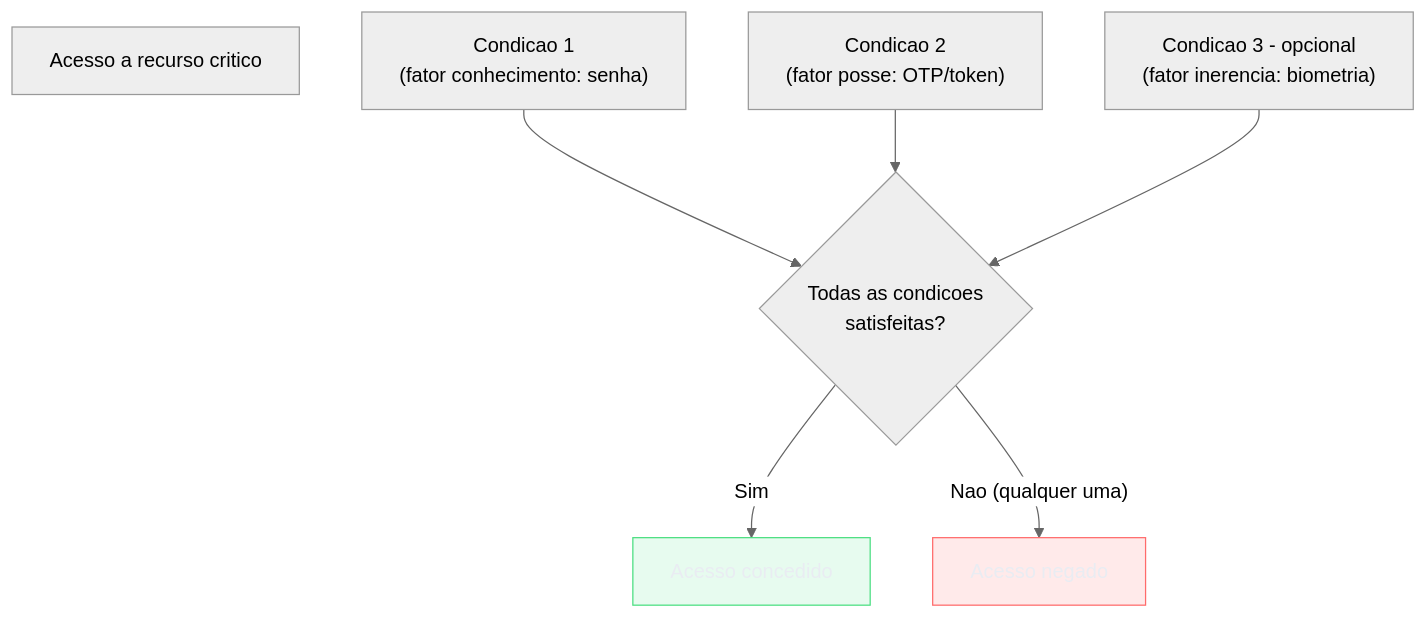
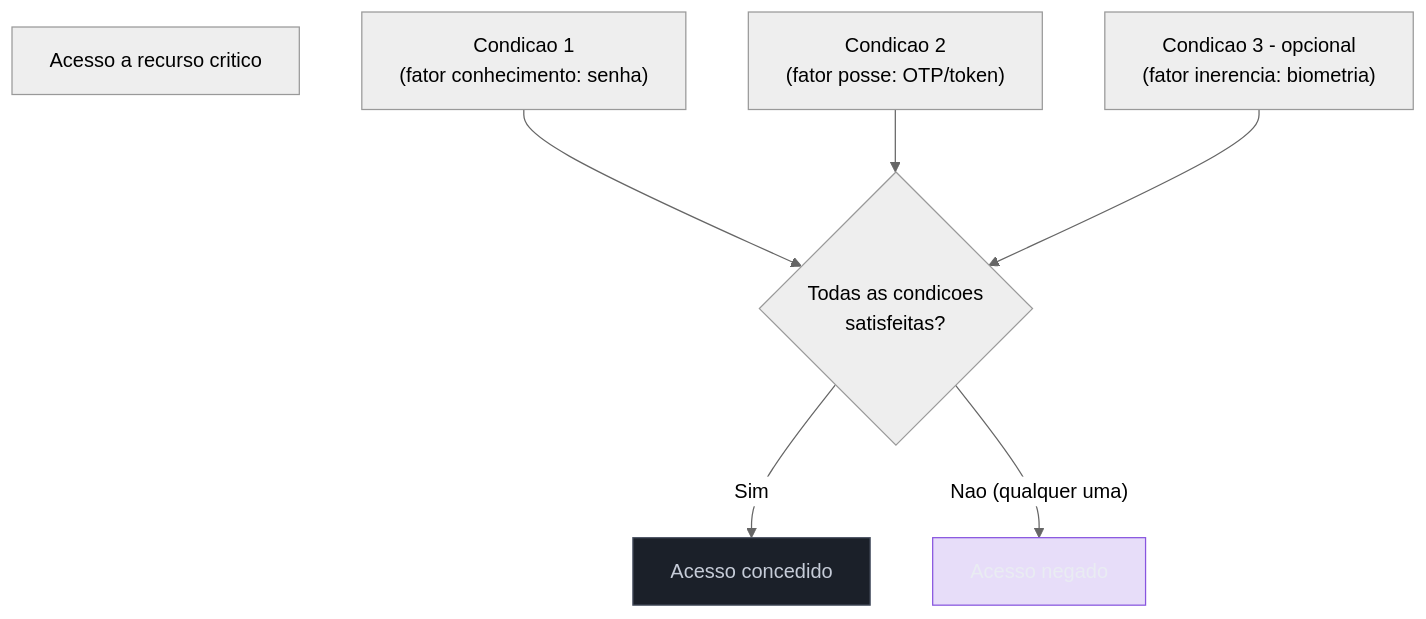
Before and after one commit to josenaldo/codex-technomanticus: the fourth of 7 diagrams in 03-Dominios/Engenharia/Segurança/04 - Princípios de design seguro.md, drawn with Mermaid (neutral theme). The commit also changed other lines of this file and 601 other files, not shown here.

````diff
--- a/03-Dominios/Engenharia/Segurança/04 - Princípios de design seguro.md
+++ b/03-Dominios/Engenharia/Segurança/04 - Princípios de design seguro.md
@@ -191,20 +191,20 @@
 ```mermaid
 graph TD
-    classDef ok fill:#4ADE8021,stroke:#4ADE80,color:#E9ECF2
-    classDef falha fill:#FF6B6B24,stroke:#FF6B6B,color:#E9ECF2
+    classDef marca fill:#8855DF33,stroke:#8855DF,color:#E9ECF2
+    classDef neutro fill:#1B2029,stroke:#4E5666,color:#C6CCD8
     ACCESS["Acesso a recurso critico"]
 
     C1["Condicao 1\n(fator conhecimento: senha)"]
     C2["Condicao 2\n(fator posse: OTP/token)"]
     C3["Condicao 3 - opcional\n(fator inerencia: biometria)"]
 
     C1 --> AND{"Todas as condicoes\nsatisfeitas?"}
     C2 --> AND
     C3 --> AND
 
     AND -->|"Sim"| GRANT["Acesso concedido"]
     AND -->|"Nao (qualquer uma)"| DENY["Acesso negado"]
 
-    class GRANT ok
-    class DENY falha
+    class GRANT neutro
+    class DENY marca
 ```
````
